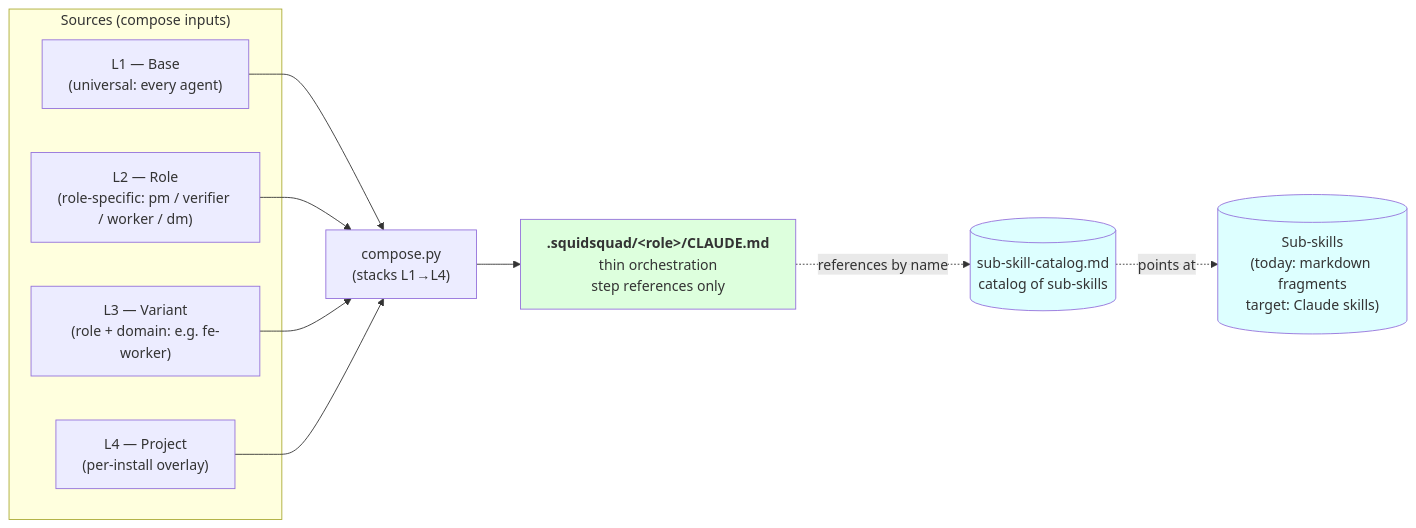
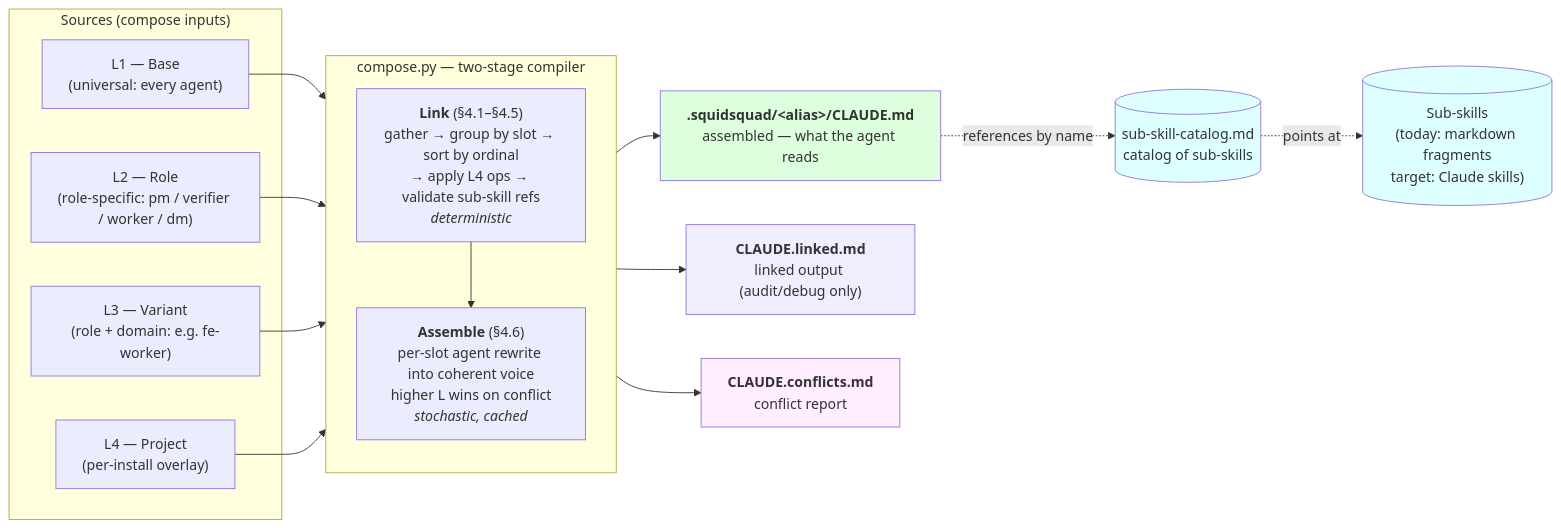
Before and after one commit to WallyDoodlez/SquidSquad: the first of 12 diagrams in docs/COMPOSE-ARCHITECTURE.md, drawn with Mermaid. The commit also changed other lines of this file, not shown here.

First paragraph of the commit message:
docs: clearer diagrams — show link+assemble across §1, §3.2, §4.6
User asked for clearer diagrams reflecting the new two-stage compiler
model + conflict-resolution semantics. Updated three diagrams:

````diff
--- a/docs/COMPOSE-ARCHITECTURE.md
+++ b/docs/COMPOSE-ARCHITECTURE.md
@@ -35,27 +35,39 @@
 ```mermaid
 flowchart LR
     subgraph SOURCES["Sources (compose inputs)"]
         L1["L1 — Base<br/>(universal: every agent)"]
         L2["L2 — Role<br/>(role-specific: pm / verifier / worker / dm)"]
         L3["L3 — Variant<br/>(role + domain: e.g. fe-worker)"]
         L4["L4 — Project<br/>(per-install overlay)"]
     end
 
-    Compose["compose.py<br/>(stacks L1→L4)"]
-    OUT["<b>.squidsquad/&lt;role&gt;/CLAUDE.md</b><br/>thin orchestration<br/>step references only"]
+    subgraph COMPOSE["compose.py — two-stage compiler"]
+        direction TB
+        Link["<b>Link</b> (§4.1–§4.5)<br/>gather → group by slot → sort by ordinal<br/>→ apply L4 ops → validate sub-skill refs<br/><i>deterministic</i>"]
+        Assemble["<b>Assemble</b> (§4.6)<br/>per-slot agent rewrite into coherent voice<br/>higher L wins on conflict<br/><i>stochastic, cached</i>"]
+        Link --> Assemble
+    end
+
+    OUT["<b>.squidsquad/&lt;alias&gt;/CLAUDE.md</b><br/>assembled — what the agent reads"]
+    LINKED["<b>CLAUDE.linked.md</b><br/>linked output (audit/debug only)"]
+    CONFLICTS["<b>CLAUDE.conflicts.md</b><br/>conflict report"]
 
     Catalog[("sub-skill-catalog.md<br/>catalog of sub-skills")]
     SubSkills[("Sub-skills<br/>(today: markdown fragments<br/>target: Claude skills)")]
 
-    L1 --> Compose
-    L2 --> Compose
-    L3 --> Compose
-    L4 --> Compose
-    Compose --> OUT
+    L1 --> Link
+    L2 --> Link
+    L3 --> Link
+    L4 --> Link
+    Assemble --> OUT
+    Assemble --> LINKED
+    Assemble --> CONFLICTS
     OUT -.->|"references by name"| Catalog
     Catalog -.->|"points at"| SubSkills
 
     style OUT fill:#dfd
+    style LINKED fill:#eef
+    style CONFLICTS fill:#fef
     style Catalog fill:#dff
     style SubSkills fill:#dff
 ```
````
